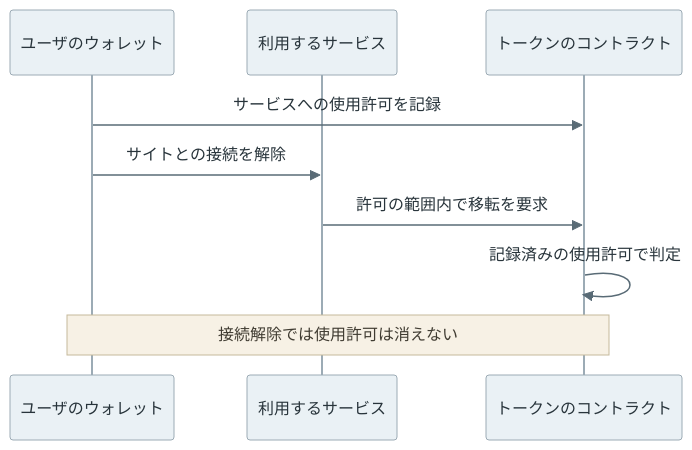
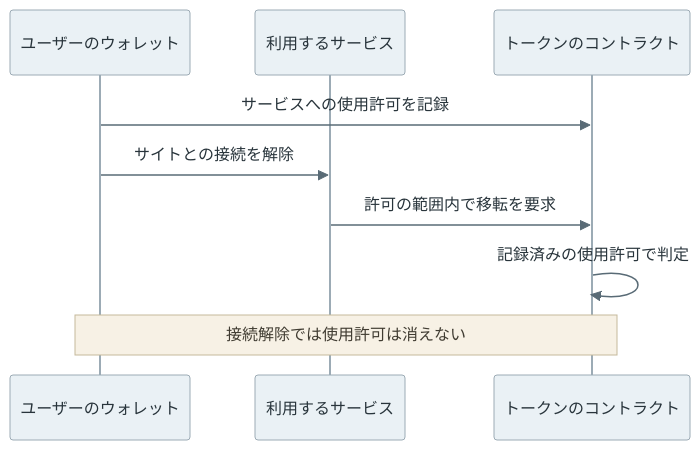
One commit to nao1215/debimate changed diagram 14 of 14 in content/notes/blockchain-systems/wallet/index.md. Above: the diagram before and after it, drawn with Mermaid. The commit also changed other lines of this file and 27 other files, not shown here.

````diff
--- a/content/notes/blockchain-systems/wallet/index.md
+++ b/content/notes/blockchain-systems/wallet/index.md
@@ -673,12 +673,12 @@
 ```mermaid
 %%{init: {"theme":"base","themeVariables":{"primaryColor":"#eaf1f5","primaryTextColor":"#28343b","primaryBorderColor":"#9cabb5","lineColor":"#596b76","textColor":"#28343b","actorBkg":"#eaf1f5","actorBorder":"#9cabb5","actorTextColor":"#28343b","actorLineColor":"#9cabb5","signalColor":"#596b76","signalTextColor":"#28343b","noteBkgColor":"#f7f1e5","noteBorderColor":"#c5b99b","noteTextColor":"#403c32","activationBkgColor":"#edf3ef","activationBorderColor":"#9aafa1"}}}%%
 sequenceDiagram
-    participant U as ユーザのウォレット
+    participant U as ユーザーのウォレット
     participant S as 利用するサービス
     participant T as トークンのコントラクト
     U->>T: サービスへの使用許可を記録
     U->>S: サイトとの接続を解除
     S->>T: 許可の範囲内で移転を要求
     T->>T: 記録済みの使用許可で判定
     Note over U,T: 接続解除では使用許可は消えない
 ```
````
